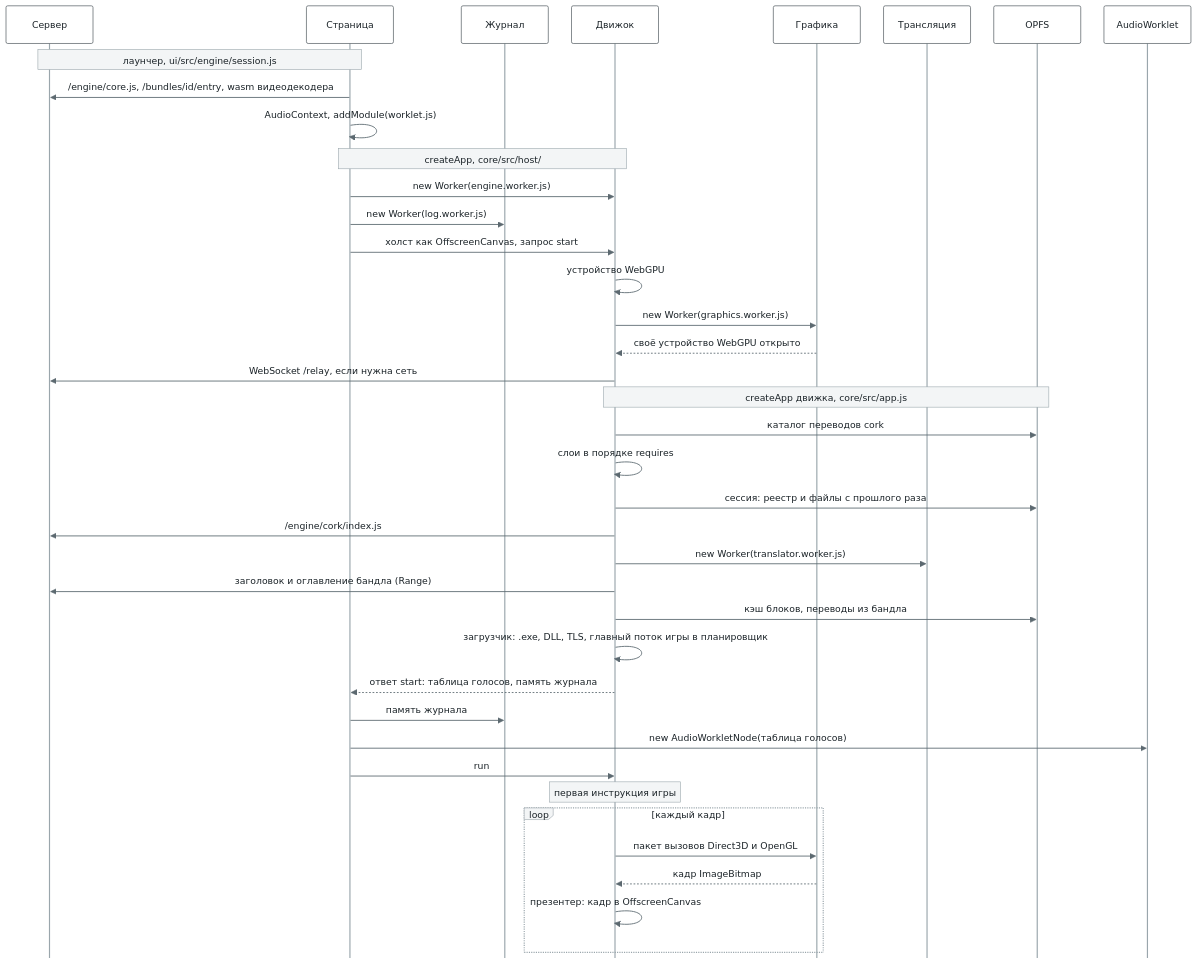
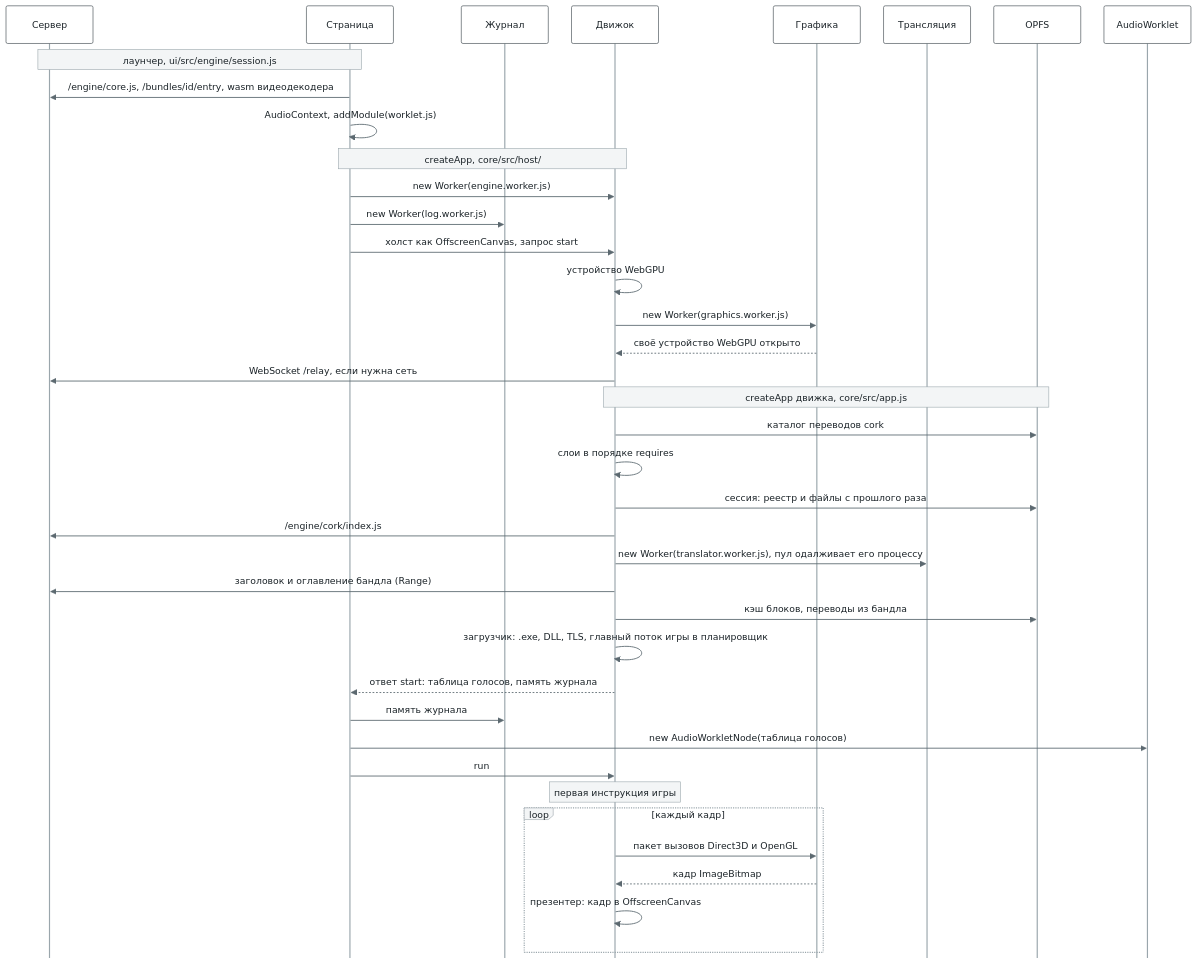
The third of 12 diagrams in docs/architecture.ru.md (bottlify/bottlify), drawn with Mermaid before and after one commit. The commit also changed other lines of this file and 13 other files, not shown here.

````diff
--- a/docs/architecture.ru.md
+++ b/docs/architecture.ru.md
@@ -229,42 +231,42 @@
 ```mermaid
 %%{init: {"theme": "base", "sequence": {"mirrorActors": false, "messageMargin": 24, "noteMargin": 8, "actorMargin": 40}, "themeVariables": {"fontFamily": "Inter, Segoe UI, Helvetica, Arial, sans-serif", "fontSize": "13px", "actorBkg": "#FFFFFF", "actorBorder": "#2F3A40", "actorTextColor": "#1B2328", "actorLineColor": "#9AA6AC", "signalColor": "#5C6970", "signalTextColor": "#1B2328", "noteBkgColor": "#F3F5F6", "noteBorderColor": "#9AA6AC", "noteTextColor": "#1B2328", "labelBoxBkgColor": "#F3F5F6", "labelBoxBorderColor": "#9AA6AC", "labelTextColor": "#1B2328", "loopTextColor": "#1B2328"}}}%%
 sequenceDiagram
   participant S as Сервер
   participant P as Страница
   participant K as Журнал
   participant E as Движок
   participant G as Графика
   participant T as Трансляция
   participant O as OPFS
   participant A as AudioWorklet
   Note over S,P: лаунчер, ui/src/engine/session.js
   P->>S: /engine/core.js, /bundles/id/entry, wasm видеодекодера
   P->>P: AudioContext, addModule(worklet.js)
   Note over P,E: createApp, core/src/host/
   P->>E: new Worker(engine.worker.js)
   P->>K: new Worker(log.worker.js)
   P->>E: холст как OffscreenCanvas, запрос start
   E->>E: устройство WebGPU
   E->>G: new Worker(graphics.worker.js)
   G-->>E: своё устройство WebGPU открыто
   E->>S: WebSocket /relay, если нужна сеть
   Note over E,O: createApp движка, core/src/app.js
   E->>O: каталог переводов cork
   E->>E: слои в порядке requires
   E->>O: сессия: реестр и файлы с прошлого раза
   E->>S: /engine/cork/index.js
-  E->>T: new Worker(translator.worker.js)
+  E->>T: new Worker(translator.worker.js), пул одалживает его процессу
   E->>S: заголовок и оглавление бандла (Range)
   E->>O: кэш блоков, переводы из бандла
   E->>E: загрузчик: .exe, DLL, TLS, главный поток игры в планировщик
   E-->>P: ответ start: таблица голосов, память журнала
   P->>K: память журнала
   P->>A: new AudioWorkletNode(таблица голосов)
   P->>E: run
   Note over E: первая инструкция игры
   loop каждый кадр
     E->>G: пакет вызовов Direct3D и OpenGL
     G-->>E: кадр ImageBitmap
     E->>E: презентер: кадр в OffscreenCanvas
   end
 ```
````
